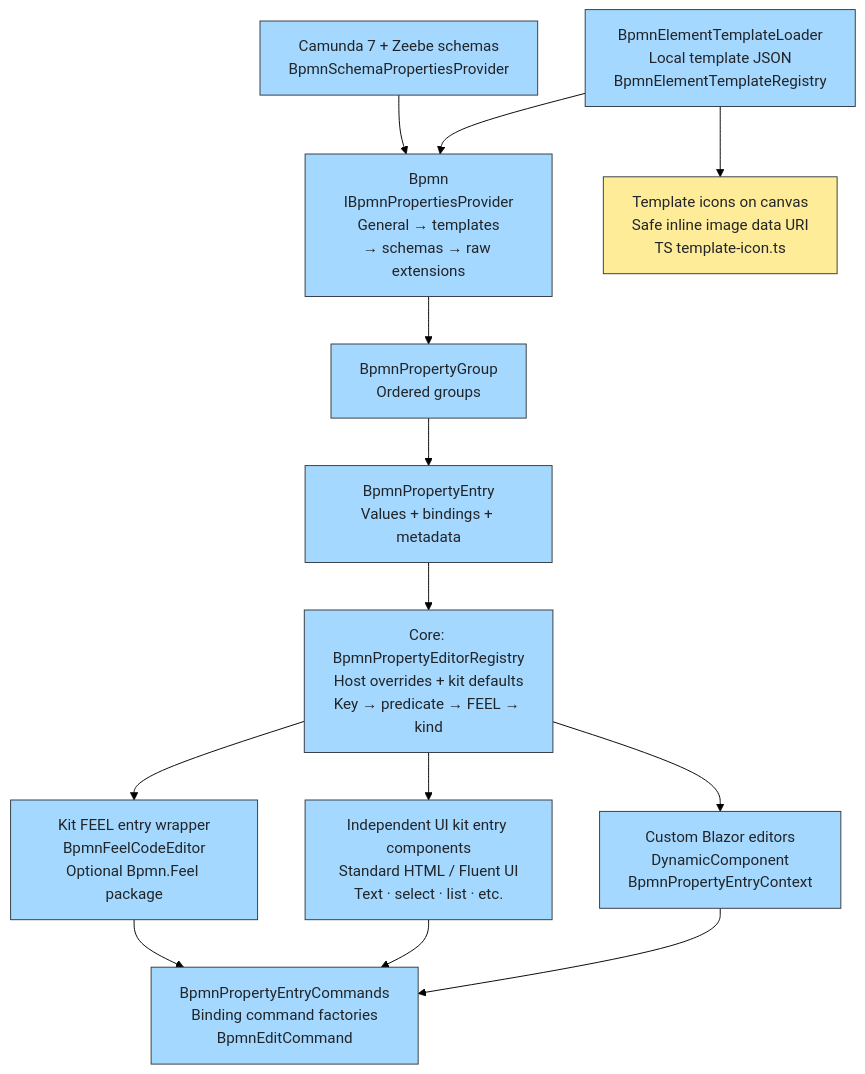
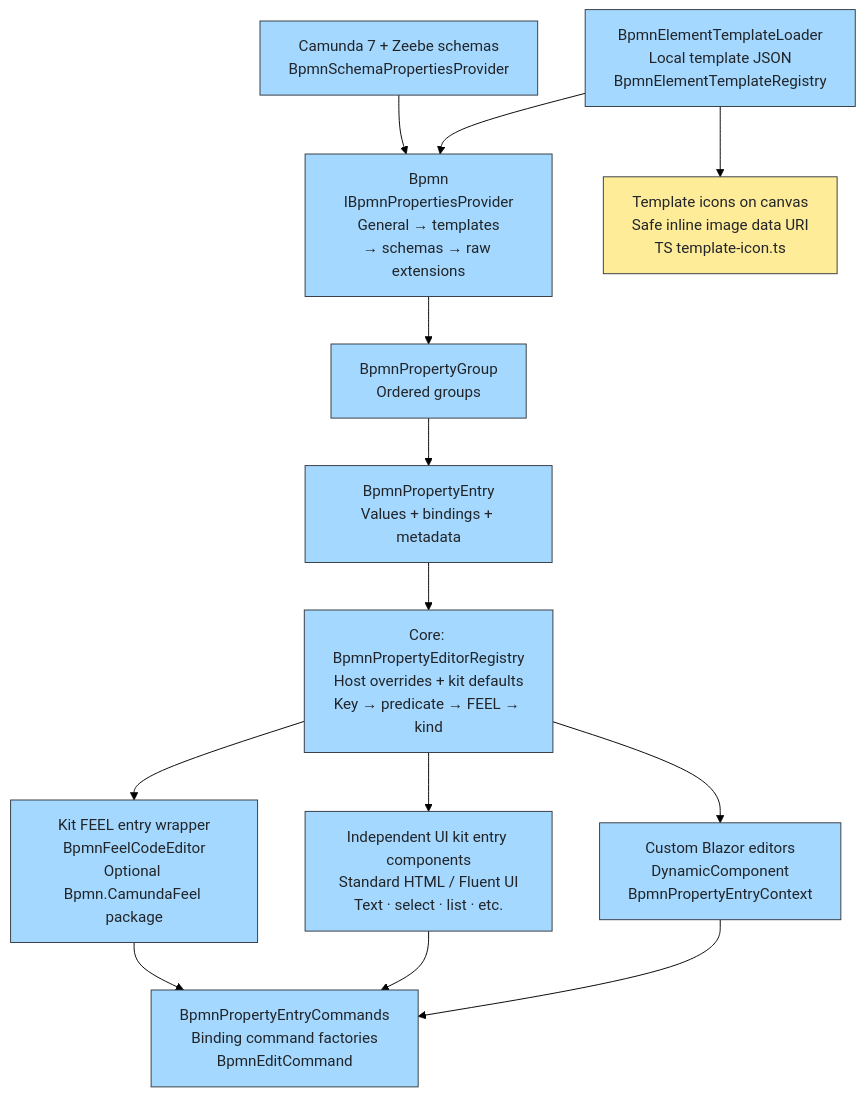
One commit to miguelhasse/BlazorBpmnEditor changed the diagram in assets/diagrams/properties-extensions.mmd. Above: the diagram before and after it, drawn with Mermaid (forest theme). The commit also changed 89 other files, not shown here.

First line of the commit message:
Add FeelSharp and rename CamundaFeel package

```diff
--- a/assets/diagrams/properties-extensions.mmd
+++ b/assets/diagrams/properties-extensions.mmd
@@ -1,32 +1,32 @@
 %% Properties and extensions
 %% Snapshot-driven providers; guarded callbacks keep all property edits on the command spine.
 %% Providers: priorities 1000 / 900 / 500 / 100. Templates claim fields; unrelated extensions remain editable.
 %% EntryTemplate may override registry dispatch. Template application, updates and defaults are undoable commands.
 flowchart TB
     schemas["Camunda 7 + Zeebe schemas<br/>BpmnSchemaPropertiesProvider"]:::cs
     providers["Bpmn<br/>IBpmnPropertiesProvider<br/>General → templates<br/>→ schemas → raw extensions"]:::cs
     groups["BpmnPropertyGroup<br/>Ordered groups"]:::cs
     entries["BpmnPropertyEntry<br/>Values + bindings + metadata"]:::cs
     templates["BpmnElementTemplateLoader<br/>Local template JSON<br/>BpmnElementTemplateRegistry"]:::cs
     commands["BpmnPropertyEntryCommands<br/>Binding command factories<br/>BpmnEditCommand"]:::cs
     registry["Core: BpmnPropertyEditorRegistry<br/>Host overrides + kit defaults<br/>Key → predicate → FEEL → kind"]:::cs
     builtins["Independent UI kit entry components<br/>Standard HTML / Fluent UI<br/>Text · select · list · etc."]:::cs
-    feel["Kit FEEL entry wrapper<br/>BpmnFeelCodeEditor<br/>Optional Bpmn.Feel package"]:::cs
+    feel["Kit FEEL entry wrapper<br/>BpmnFeelCodeEditor<br/>Optional Bpmn.CamundaFeel package"]:::cs
     custom["Custom Blazor editors<br/>DynamicComponent<br/>BpmnPropertyEntryContext"]:::cs
     icons["Template icons on canvas<br/>Safe inline image data URI<br/>TS template-icon.ts"]:::js
     schemas --> providers
     templates --> providers
     providers --> groups
     groups --> entries
     entries --> registry
     registry --> builtins
     registry --> feel
     registry --> custom
     feel --> commands
     builtins --> commands
     custom --> commands
     templates --> icons
     classDef cs fill:#a5d8ff,stroke:#343a40,color:#212529
     classDef js fill:#ffec99,stroke:#343a40,color:#212529
     classDef data fill:#b2f2bb,stroke:#343a40,color:#212529
     classDef test fill:#e9ecef,stroke:#343a40,color:#212529
```
